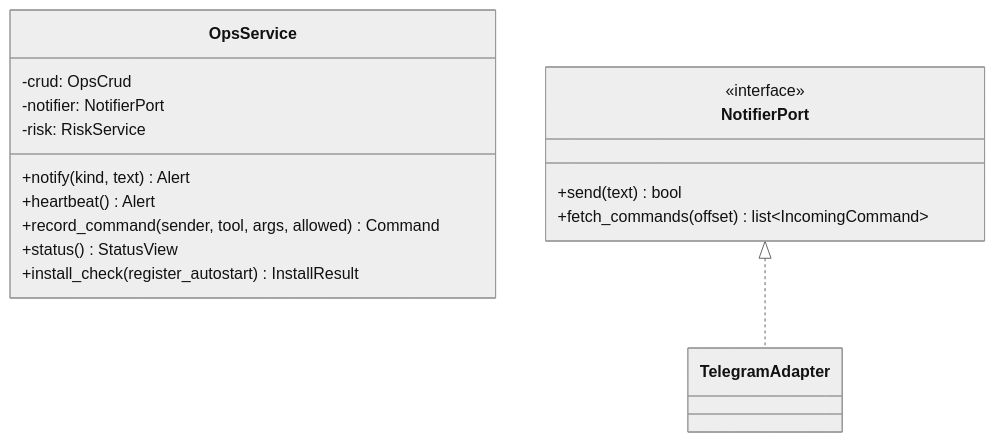
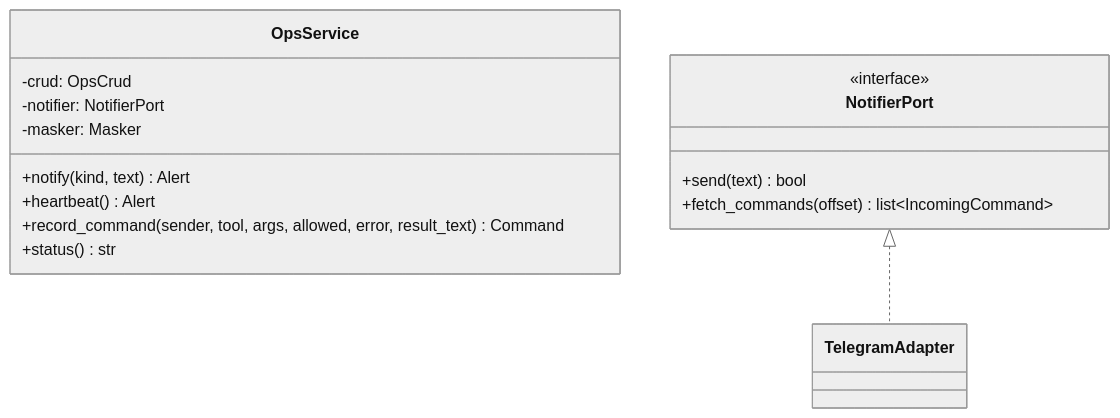
Before and after one commit to HoyoungParkme/quant-rebalance-bot: diagram 16 of 17 in docs/specs/06-DOM/QBOT-DOM-002.md, drawn with Mermaid (neutral theme). The commit also changed other lines of this file, not shown here.

````diff
--- a/docs/specs/06-DOM/QBOT-DOM-002.md
+++ b/docs/specs/06-DOM/QBOT-DOM-002.md
@@ -342,20 +375,19 @@
 ```mermaid
 classDiagram
   class OpsService {
     -crud: OpsCrud
     -notifier: NotifierPort
-    -risk: RiskService
+    -masker: Masker
     +notify(kind, text) Alert
     +heartbeat() Alert
-    +record_command(sender, tool, args, allowed) Command
-    +status() StatusView
-    +install_check(register_autostart) InstallResult
+    +record_command(sender, tool, args, allowed, error, result_text) Command
+    +status() str
   }
   class NotifierPort {
     <<interface>>
     +send(text) bool
     +fetch_commands(offset) list~IncomingCommand~
   }
   class TelegramAdapter
   NotifierPort <|.. TelegramAdapter
 ```
````
